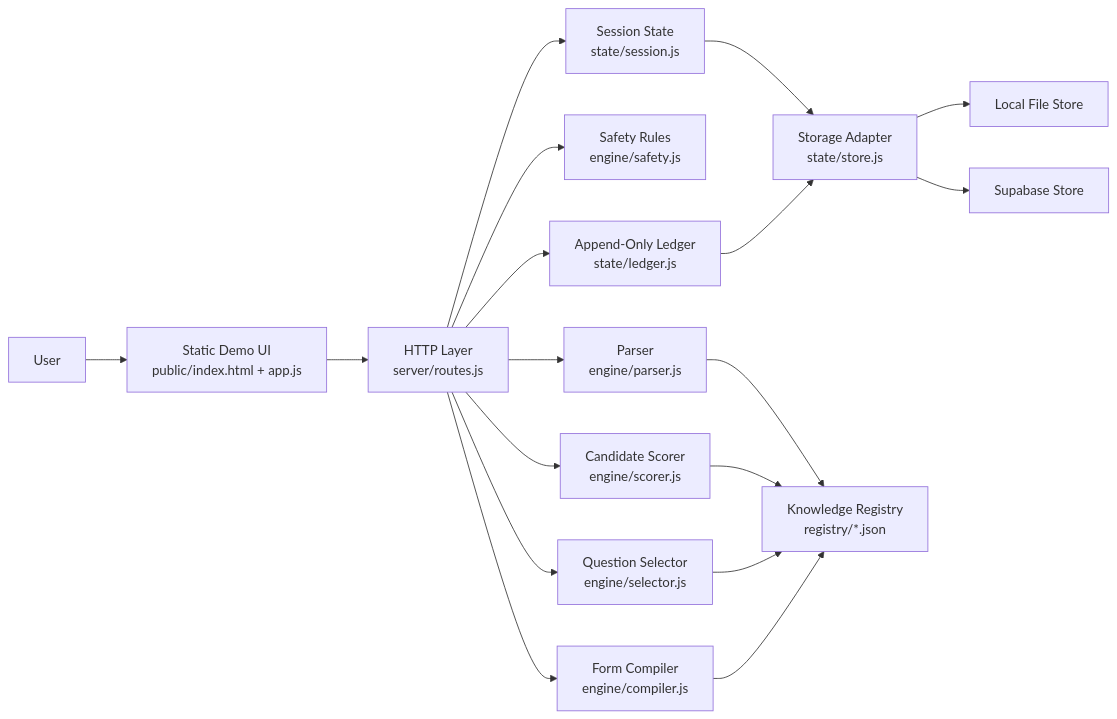
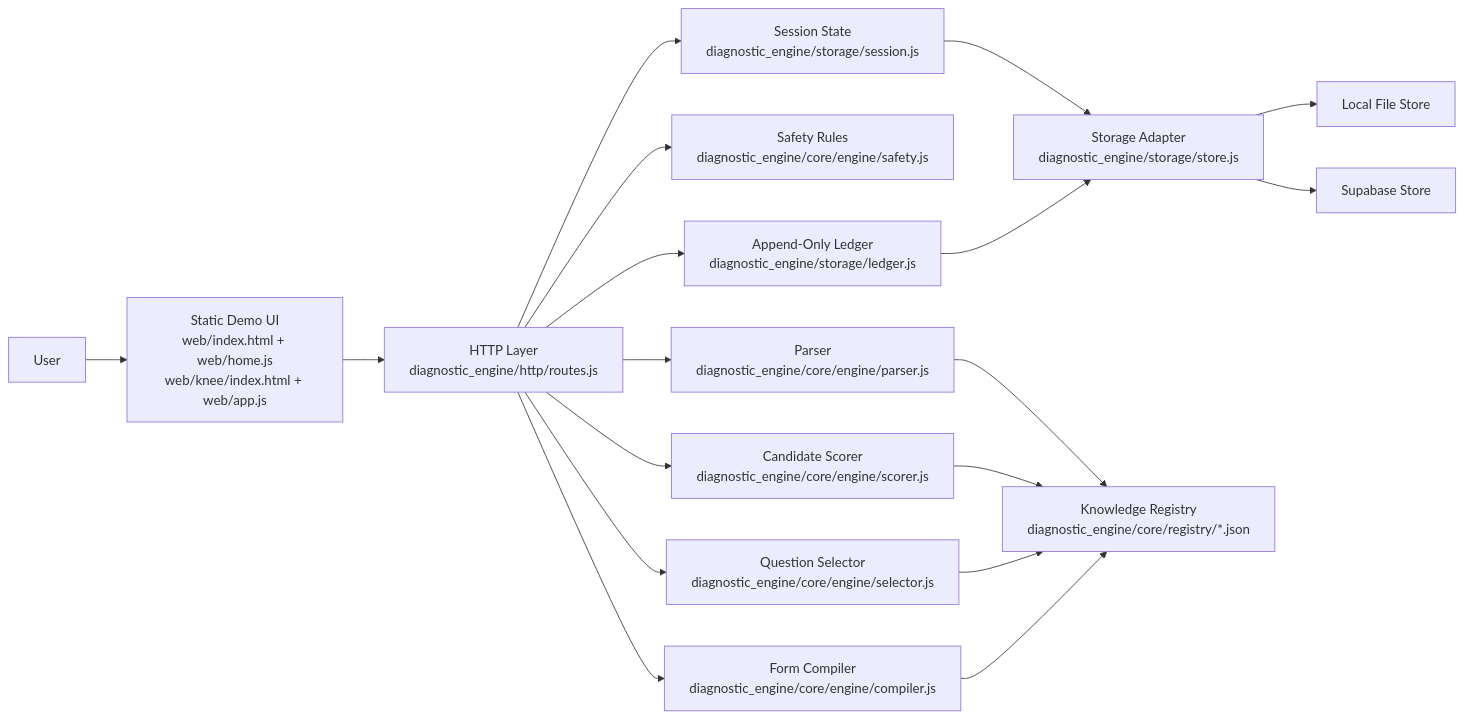
The first of 3 diagrams in SYSTEM_ARCHITECTURE.md (prnvh/diagnostic-engine), drawn with Mermaid before and after one commit. The commit also changed other lines of this file and 74 other files, not shown here.

````diff
--- a/SYSTEM_ARCHITECTURE.md
+++ b/SYSTEM_ARCHITECTURE.md
@@ -38,20 +39,20 @@
 ```mermaid
 flowchart LR
-    User["User"] --> UI["Static Demo UI<br/>public/index.html + app.js"]
-    UI --> API["HTTP Layer<br/>server/routes.js"]
-    API --> Parser["Parser<br/>engine/parser.js"]
-    API --> Safety["Safety Rules<br/>engine/safety.js"]
-    API --> Scorer["Candidate Scorer<br/>engine/scorer.js"]
-    API --> Selector["Question Selector<br/>engine/selector.js"]
-    API --> Compiler["Form Compiler<br/>engine/compiler.js"]
-    API --> Session["Session State<br/>state/session.js"]
-    API --> Ledger["Append-Only Ledger<br/>state/ledger.js"]
-    Session --> Store["Storage Adapter<br/>state/store.js"]
+    User["User"] --> UI["Static Demo UI<br/>web/index.html + web/home.js<br/>web/knee/index.html + web/app.js"]
+    UI --> API["HTTP Layer<br/>diagnostic_engine/http/routes.js"]
+    API --> Parser["Parser<br/>diagnostic_engine/core/engine/parser.js"]
+    API --> Safety["Safety Rules<br/>diagnostic_engine/core/engine/safety.js"]
+    API --> Scorer["Candidate Scorer<br/>diagnostic_engine/core/engine/scorer.js"]
+    API --> Selector["Question Selector<br/>diagnostic_engine/core/engine/selector.js"]
+    API --> Compiler["Form Compiler<br/>diagnostic_engine/core/engine/compiler.js"]
+    API --> Session["Session State<br/>diagnostic_engine/storage/session.js"]
+    API --> Ledger["Append-Only Ledger<br/>diagnostic_engine/storage/ledger.js"]
+    Session --> Store["Storage Adapter<br/>diagnostic_engine/storage/store.js"]
     Ledger --> Store
     Store --> FileStore["Local File Store"]
     Store --> Supabase["Supabase Store"]
-    Parser --> Registry["Knowledge Registry<br/>registry/*.json"]
+    Parser --> Registry["Knowledge Registry<br/>diagnostic_engine/core/registry/*.json"]
     Scorer --> Registry
     Selector --> Registry
     Compiler --> Registry
 ```
````
